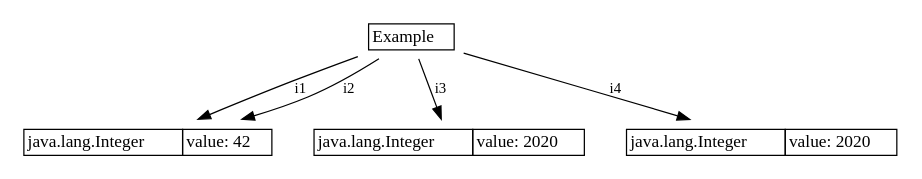
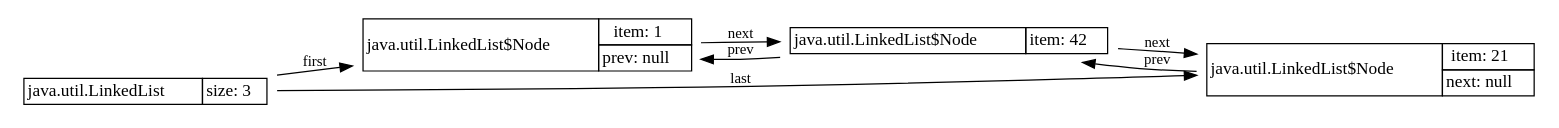
Before and after one commit to openjdk/jol: the eighth of 19 diagrams in doc/src/main/asciidoc/start.adoc, drawn with Graphviz. The commit also changed other lines of this file, not shown here.

```diff
--- a/doc/src/main/asciidoc/start.adoc
+++ b/doc/src/main/asciidoc/start.adoc
@@ -586,49 +759,59 @@
 [graphviz]
 ----
 digraph Java {
-	rankdir="TB";
+	rankdir="LR";
 	node[shape=plaintext]
 	n1[label=<
 		<table border='0' cellborder='1' cellspacing='0'>
 			<tr>
-				<td>Example</td>
+				<td rowspan='2'>java.util.LinkedList</td>
+			</tr>
+			<tr>
+				<td>size: 3</td>
 			</tr>
 		</table>
 	>];
 	n2[label=<
 		<table border='0' cellborder='1' cellspacing='0'>
 			<tr>
-				<td rowspan='2'>java.lang.Integer</td>
+				<td rowspan='3'>java.util.LinkedList$Node</td>
 			</tr>
 			<tr>
-				<td>value: 42</td>
+				<td>item: 1</td>
+			</tr>
+			<tr>
+				<td>prev: null</td>
 			</tr>
 		</table>
 	>];
-	n1 -> n2[label="i1",fontsize=12];
-	n1 -> n2[label="i2",fontsize=12];
 	n3[label=<
 		<table border='0' cellborder='1' cellspacing='0'>
 			<tr>
-				<td rowspan='2'>java.lang.Integer</td>
+				<td rowspan='2'>java.util.LinkedList$Node</td>
 			</tr>
 			<tr>
-				<td>value: 2020</td>
+				<td>item: 42</td>
 			</tr>
 		</table>
 	>];
-	n1 -> n3[label="i3",fontsize=12];
 	n4[label=<
 		<table border='0' cellborder='1' cellspacing='0'>
 			<tr>
-				<td rowspan='2'>java.lang.Integer</td>
+				<td rowspan='3'>java.util.LinkedList$Node</td>
 			</tr>
 			<tr>
-				<td>value: 2020</td>
+				<td>item: 21</td>
+			</tr>
+			<tr>
+				<td>next: null</td>
 			</tr>
 		</table>
 	>];
-	n1 -> n4[label="i4",fontsize=12];
+	n4 -> n3[label="prev",fontsize=12];
+	n3 -> n4[label="next",fontsize=12];
+	n3 -> n2[label="prev",fontsize=12];
+	n2 -> n3[label="next",fontsize=12];
+	n1 -> n2[label="first",fontsize=12];
+	n1 -> n4[label="last",fontsize=12];
 }
-
 ----
```
